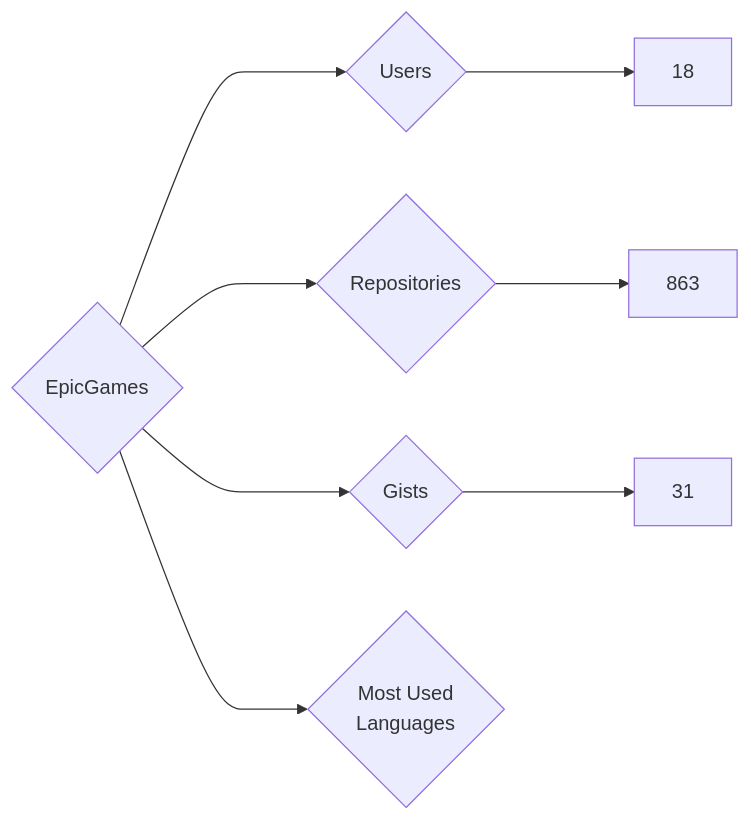
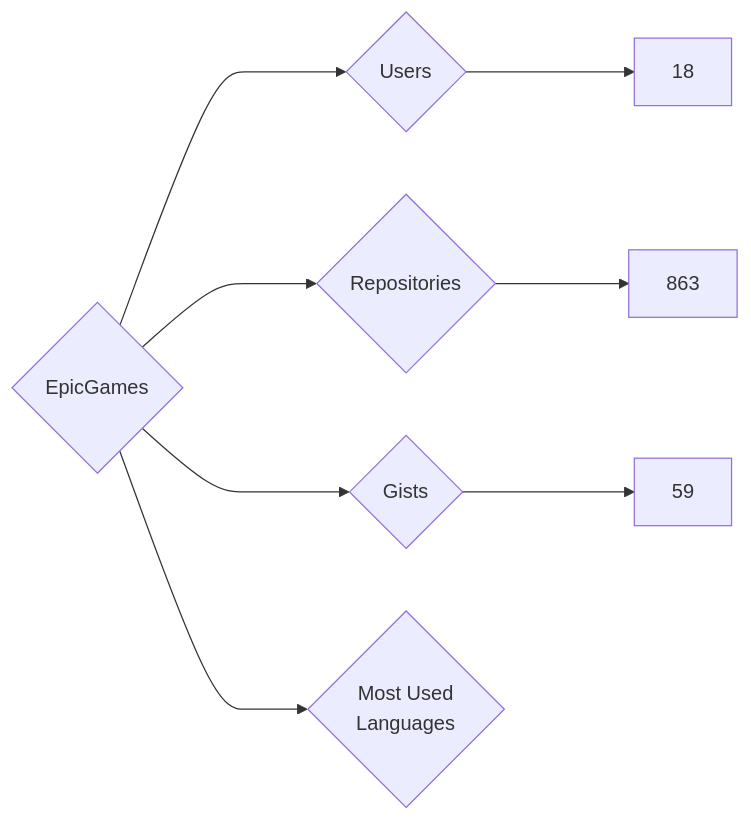
One commit to nenadzaric/insiders changed the diagram in targets/EpicGames/README.md. Above: the diagram before and after it, drawn with Mermaid. The commit also changed 1342 other files, not shown here.

````diff
--- a/targets/EpicGames/README.md
+++ b/targets/EpicGames/README.md
@@ -3,8 +3,8 @@
 ```mermaid
 graph LR
 COMPANY_NAME{EpicGames}
 COMPANY_NAME ---> U{Users} ---> UN[18]
 COMPANY_NAME ---> R{Repositories} ---> RN[863]
-COMPANY_NAME ---> G{Gists} ---> GN[31]
+COMPANY_NAME ---> G{Gists} ---> GN[59]
 COMPANY_NAME ---> ML{Most Used<br>Languages}
 ```
````
